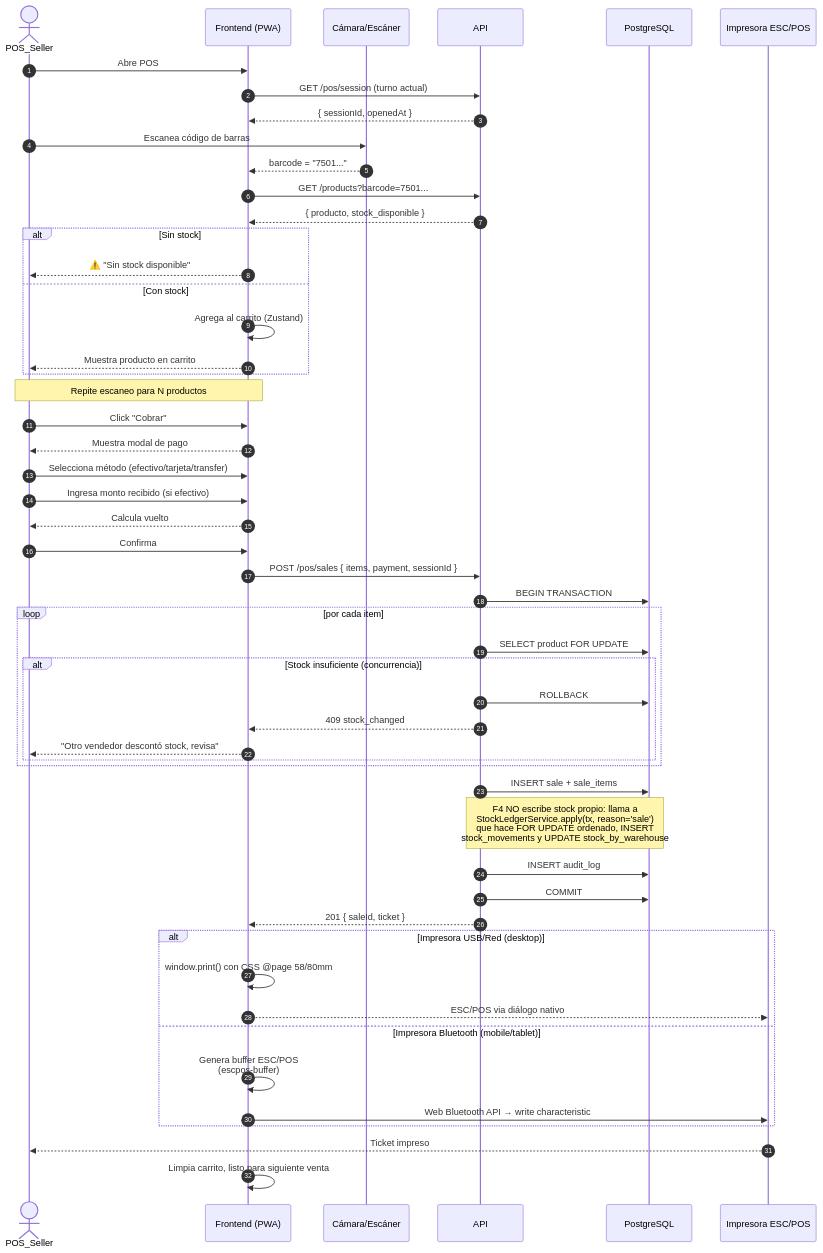
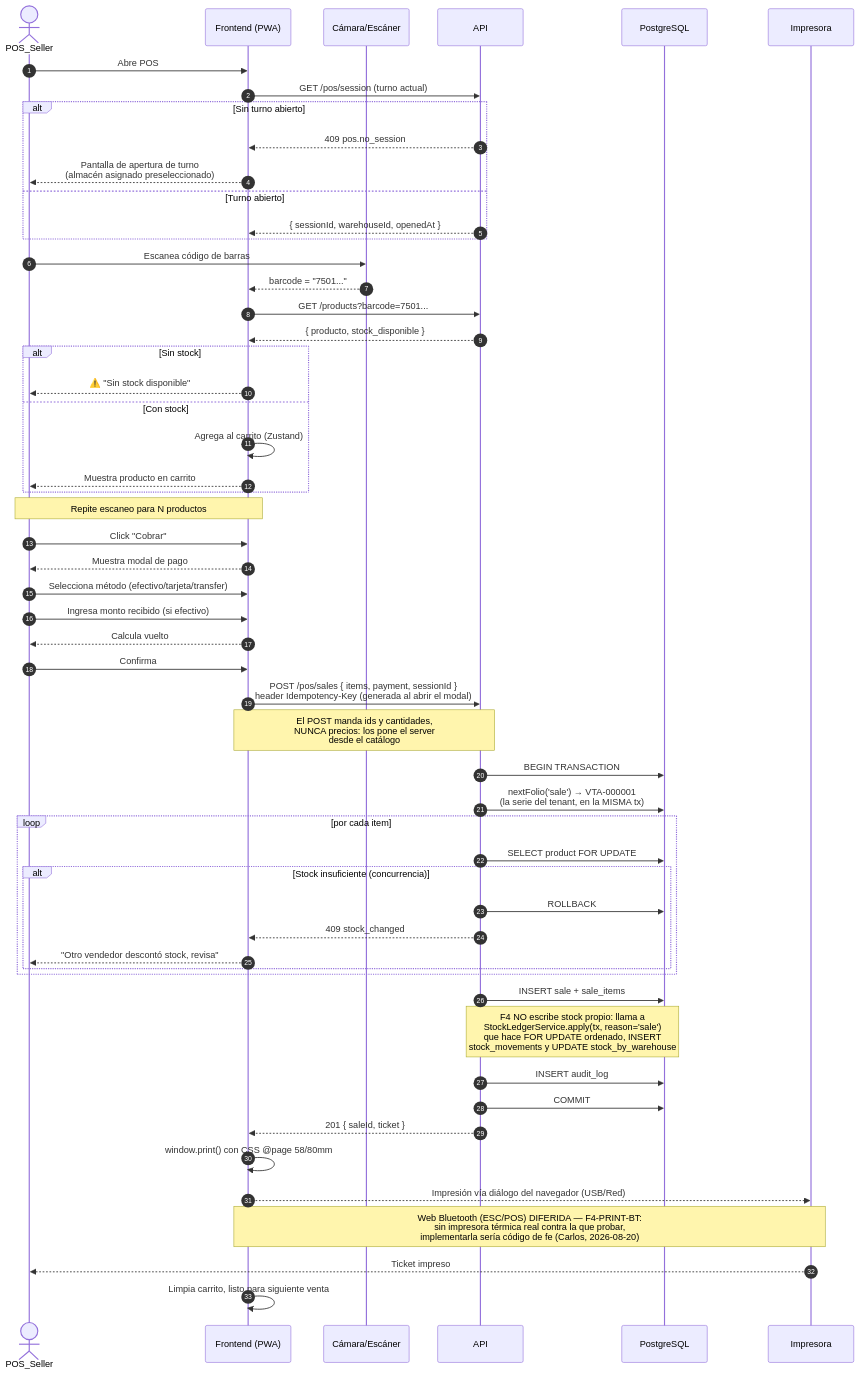
The ninth of 13 diagrams in FLUJOS.md (carloshlm/sellpoint), drawn with Mermaid before and after one commit. The commit also changed other lines of this file and 4 other files, not shown here.

````diff
--- a/FLUJOS.md
+++ b/FLUJOS.md
@@ -391,64 +398,67 @@
 ```mermaid
 sequenceDiagram
     autonumber
     actor S as POS_Seller
     participant F as Frontend (PWA)
     participant C as Cámara/Escáner
     participant API as API
     participant DB as PostgreSQL
-    participant P as Impresora ESC/POS
+    participant P as Impresora
 
     S->>F: Abre POS
     F->>API: GET /pos/session (turno actual)
-    API-->>F: { sessionId, openedAt }
+    alt Sin turno abierto
+        API-->>F: 409 pos.no_session
+        F-->>S: Pantalla de apertura de turno<br/>(almacén asignado preseleccionado)
+    else Turno abierto
+        API-->>F: { sessionId, warehouseId, openedAt }
+    end
 
     S->>C: Escanea código de barras
     C-->>F: barcode = "7501..."
     F->>API: GET /products?barcode=7501...
     API-->>F: { producto, stock_disponible }
 
     alt Sin stock
         F-->>S: ⚠️ "Sin stock disponible"
     else Con stock
         F->>F: Agrega al carrito (Zustand)
         F-->>S: Muestra producto en carrito
     end
 
     Note over S,F: Repite escaneo para N productos
 
     S->>F: Click "Cobrar"
     F-->>S: Muestra modal de pago
     S->>F: Selecciona método (efectivo/tarjeta/transfer)
     S->>F: Ingresa monto recibido (si efectivo)
     F-->>S: Calcula vuelto
     S->>F: Confirma
 
-    F->>API: POST /pos/sales { items, payment, sessionId }
+    F->>API: POST /pos/sales { items, payment, sessionId }<br/>header Idempotency-Key (generada al abrir el modal)
+    Note over F,API: El POST manda ids y cantidades,<br/>NUNCA precios: los pone el server<br/>desde el catálogo
     API->>DB: BEGIN TRANSACTION
+    API->>DB: nextFolio('sale') → VTA-000001<br/>(la serie del tenant, en la MISMA tx)
 
     loop por cada item
         API->>DB: SELECT product FOR UPDATE
         alt Stock insuficiente (concurrencia)
             API->>DB: ROLLBACK
             API-->>F: 409 stock_changed
             F-->>S: "Otro vendedor descontó stock, revisa"
         end
     end
 
     API->>DB: INSERT sale + sale_items
     Note over API,DB: F4 NO escribe stock propio: llama a<br/>StockLedgerService.apply(tx, reason='sale')<br/>que hace FOR UPDATE ordenado, INSERT<br/>stock_movements y UPDATE stock_by_warehouse
     API->>DB: INSERT audit_log
     API->>DB: COMMIT
     API-->>F: 201 { saleId, ticket }
 
-    alt Impresora USB/Red (desktop)
-        F->>F: window.print() con CSS @page 58/80mm
-        F-->>P: ESC/POS via diálogo nativo
-    else Impresora Bluetooth (mobile/tablet)
-        F->>F: Genera buffer ESC/POS<br/>(escpos-buffer)
-        F->>P: Web Bluetooth API → write characteristic
-    end
+    F->>F: window.print() con CSS @page 58/80mm
+    F-->>P: Impresión vía diálogo del navegador (USB/Red)
+    Note over F,P: Web Bluetooth (ESC/POS) DIFERIDA — F4-PRINT-BT:<br/>sin impresora térmica real contra la que probar,<br/>implementarla sería código de fe (Carlos, 2026-08-20)
 
     P-->>S: Ticket impreso
     F->>F: Limpia carrito, listo para siguiente venta
 ```
````
